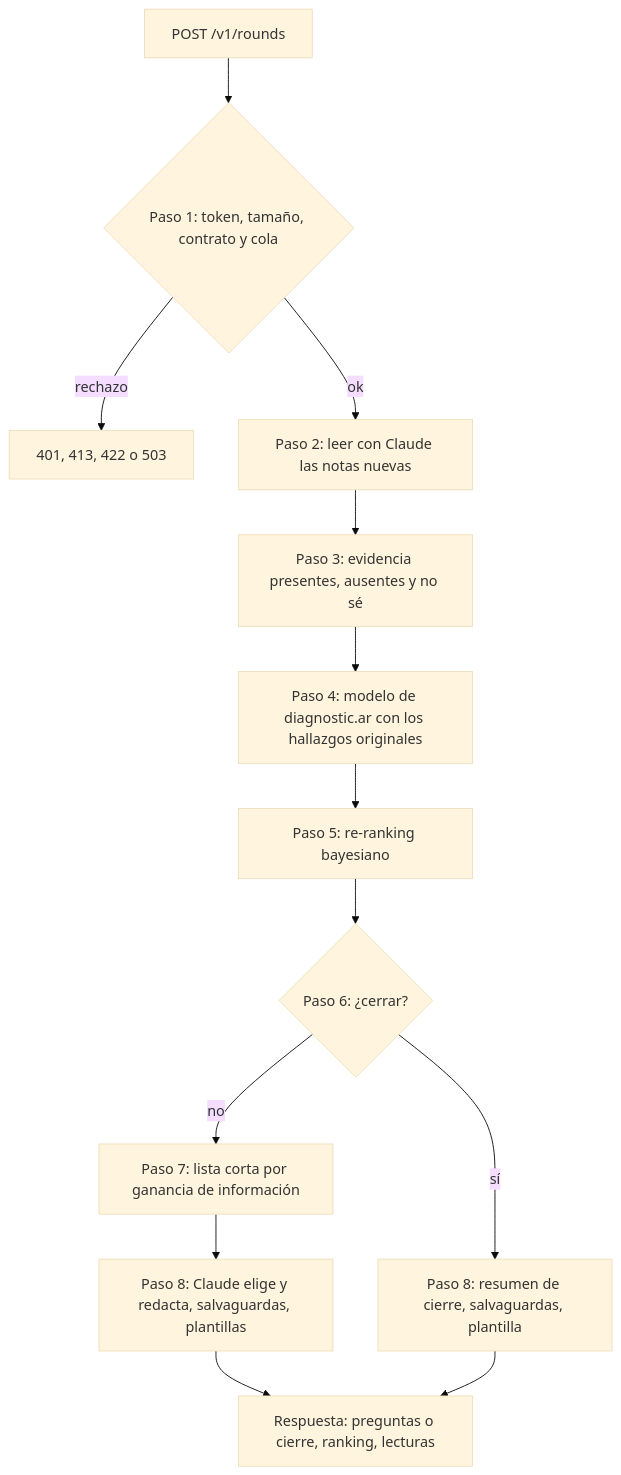
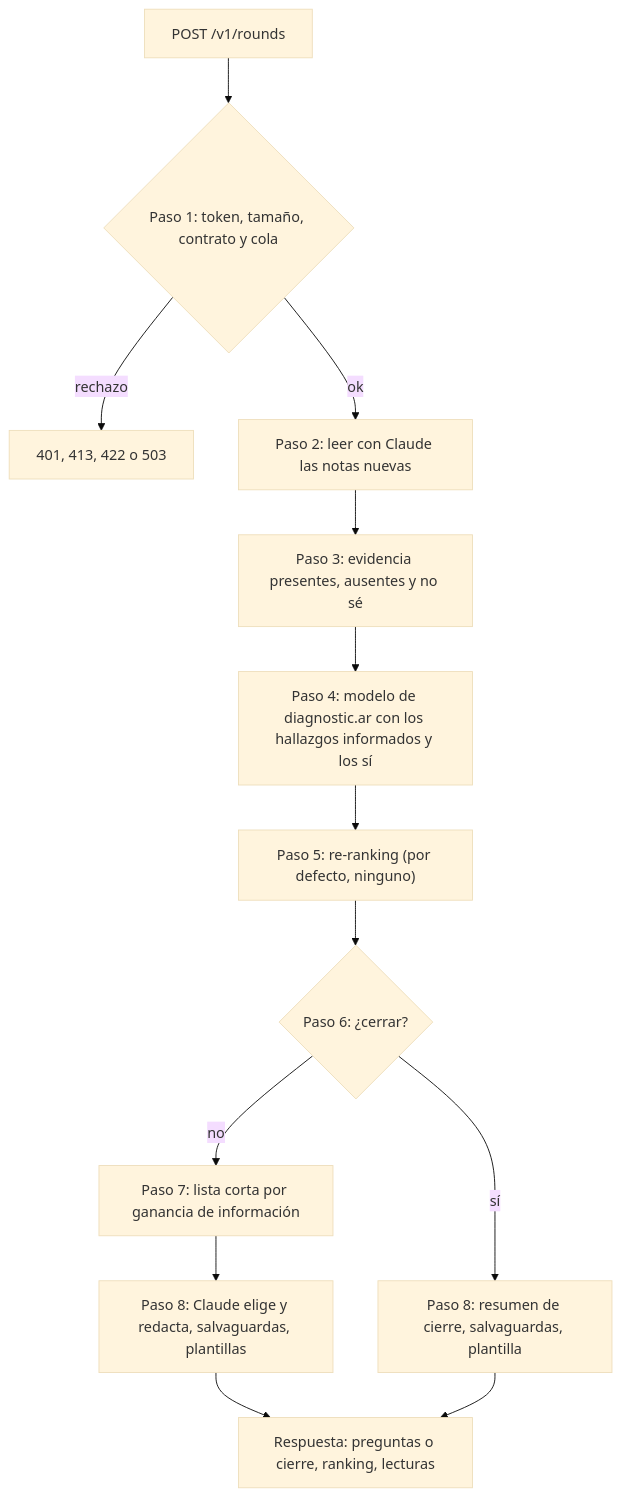
Before and after one commit to MarBL00126/diagnosticar-question-agent: the diagram in docs/ARQUITECTURA.md, drawn with Mermaid (base theme). The commit also changed other lines of this file and 33 other files, not shown here.

````diff
--- a/docs/ARQUITECTURA.md
+++ b/docs/ARQUITECTURA.md
@@ -32,15 +32,15 @@
 ```mermaid
 flowchart TD
     REQ["POST /v1/rounds"] --> ADM{"Paso 1: token, tamaño, contrato y cola"}
     ADM -- rechazo --> ERR["401, 413, 422 o 503"]
     ADM -- ok --> NOTES["Paso 2: leer con Claude las notas nuevas"]
     NOTES --> EVID["Paso 3: evidencia presentes, ausentes y no sé"]
-    EVID --> MODEL["Paso 4: modelo de diagnostic.ar con los hallazgos originales"]
-    MODEL --> RERANK["Paso 5: re-ranking bayesiano"]
+    EVID --> MODEL["Paso 4: modelo de diagnostic.ar con los hallazgos informados y los sí"]
+    MODEL --> RERANK["Paso 5: re-ranking (por defecto, ninguno)"]
     RERANK --> STOP{"Paso 6: ¿cerrar?"}
     STOP -- no --> SHORT["Paso 7: lista corta por ganancia de información"]
     SHORT --> DRAFT["Paso 8: Claude elige y redacta, salvaguardas, plantillas"]
     STOP -- sí --> SUMMARY["Paso 8: resumen de cierre, salvaguardas, plantilla"]
     DRAFT --> OUT["Respuesta: preguntas o cierre, ranking, lecturas"]
     SUMMARY --> OUT
 ```
````
